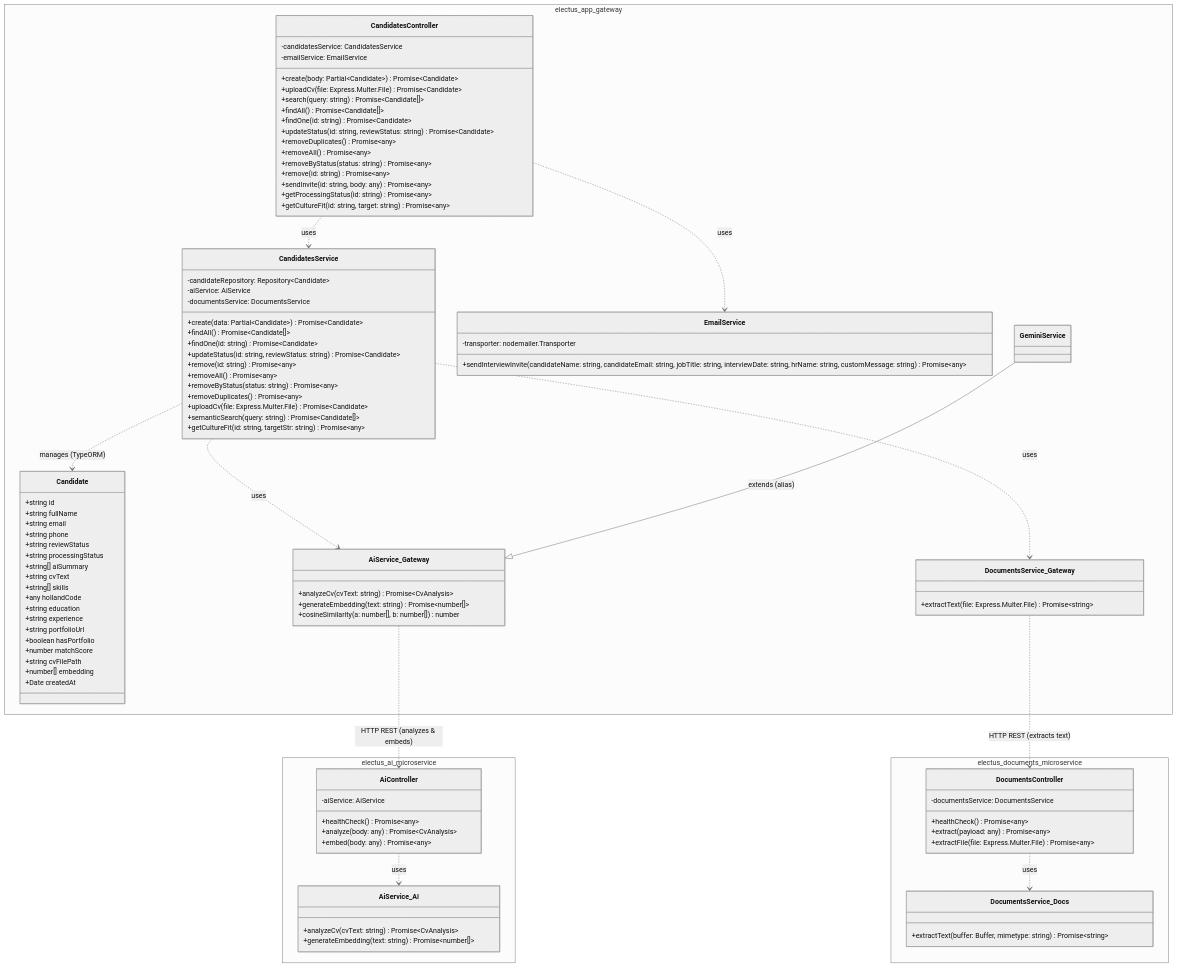
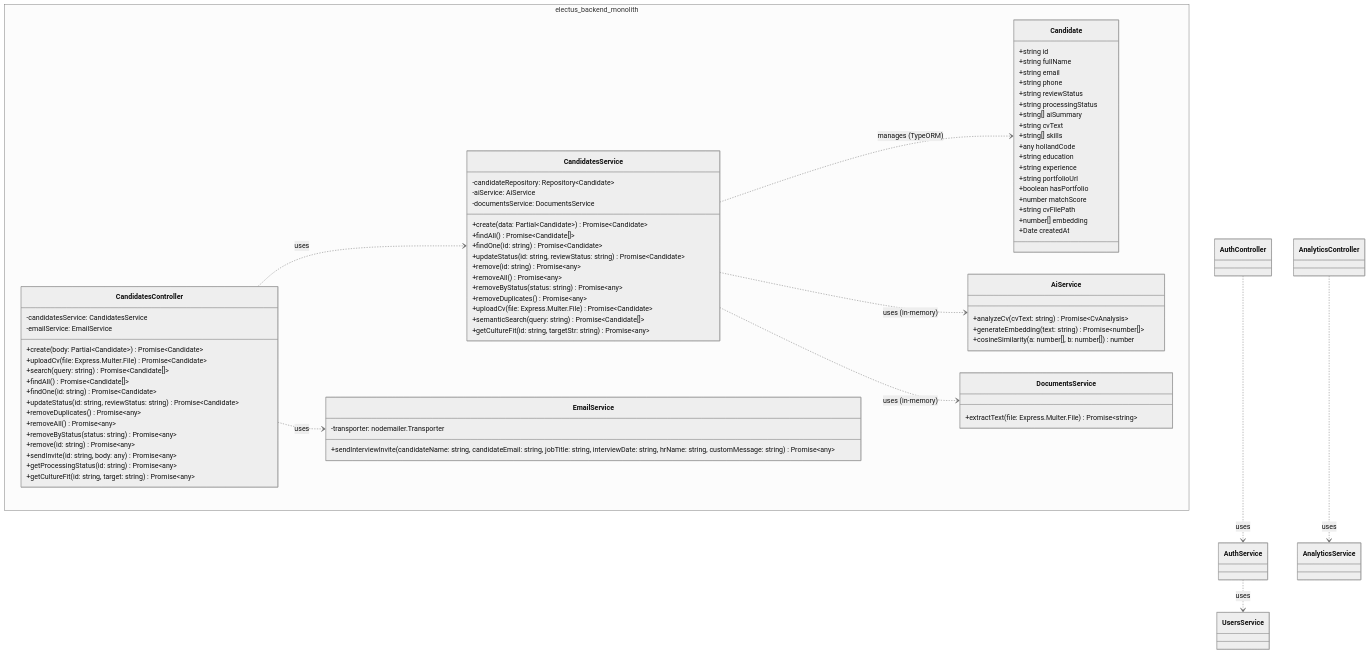
One commit to OlanIsm/Electus-PROJECT changed the diagram in README.md. Above: the diagram before and after it, drawn with Mermaid (neutral theme). The commit also changed other lines of this file and 53764 other files, not shown here.

Commit message:
chore(architecture): delete deprecated microservices folders and update README and class diagram for modular monolith

````diff
--- a/README.md
+++ b/README.md
@@ -42,18 +39,15 @@
   CandidatesController ..> CandidatesService : uses
   CandidatesController ..> EmailService : uses
   CandidatesService ..> Candidate : manages (TypeORM)
-  CandidatesService ..> AiService_Gateway : uses
-  CandidatesService ..> DocumentsService_Gateway : uses
-  GeminiService --|> AiService_Gateway : extends (alias)
-  
-  AiController ..> AiService_AI : uses
-  DocumentsController ..> DocumentsService_Docs : uses
+  CandidatesService ..> AiService : uses (in-memory)
+  CandidatesService ..> DocumentsService : uses (in-memory)
 
-  AiService_Gateway ..> AiController : HTTP REST (analyzes & embeds)
-  DocumentsService_Gateway ..> DocumentsController : HTTP REST (extracts text)
+  AuthController ..> AuthService : uses
+  AuthService ..> UsersService : uses
+  AnalyticsController ..> AnalyticsService : uses
 
   %% Service Groups
-  namespace electus_app_gateway {
+  namespace electus_backend_monolith {
     class Candidate {
       +string id
       +string fullName
@@ -110,17 +104,13 @@
       +getCultureFit(id: string, targetStr: string) Promise~any~
     }
 
-    class AiService_Gateway {
+    class AiService {
       +analyzeCv(cvText: string) Promise~CvAnalysis~
       +generateEmbedding(text: string) Promise~number[]~
       +cosineSimilarity(a: number[], b: number[]) number
     }
 
-    class GeminiService {
-      %% Inherits all methods of AiService
-    }
-
-    class DocumentsService_Gateway {
+    class DocumentsService {
       +extractText(file: Express.Multer.File) Promise~string~
     }
 
@@ -129,31 +119,4 @@
       +sendInterviewInvite(candidateName: string, candidateEmail: string, jobTitle: string, interviewDate: string, hrName: string, customMessage: string) Promise~any~
     }
   }
-
-  namespace electus_ai_microservice {
-    class AiController {
-      -aiService: AiService
-      +healthCheck() Promise~any~
-      +analyze(body: any) Promise~CvAnalysis~
-      +embed(body: any) Promise~any~
-    }
-
-    class AiService_AI {
-      +analyzeCv(cvText: string) Promise~CvAnalysis~
-      +generateEmbedding(text: string) Promise~number[]~
-    }
-  }
-
-  namespace electus_documents_microservice {
-    class DocumentsController {
-      -documentsService: DocumentsService
-      +healthCheck() Promise~any~
-      +extract(payload: any) Promise~any~
-      +extractFile(file: Express.Multer.File) Promise~any~
-    }
-
-    class DocumentsService_Docs {
-      +extractText(buffer: Buffer, mimetype: string) Promise~string~
-    }
-  }
 ```
````
